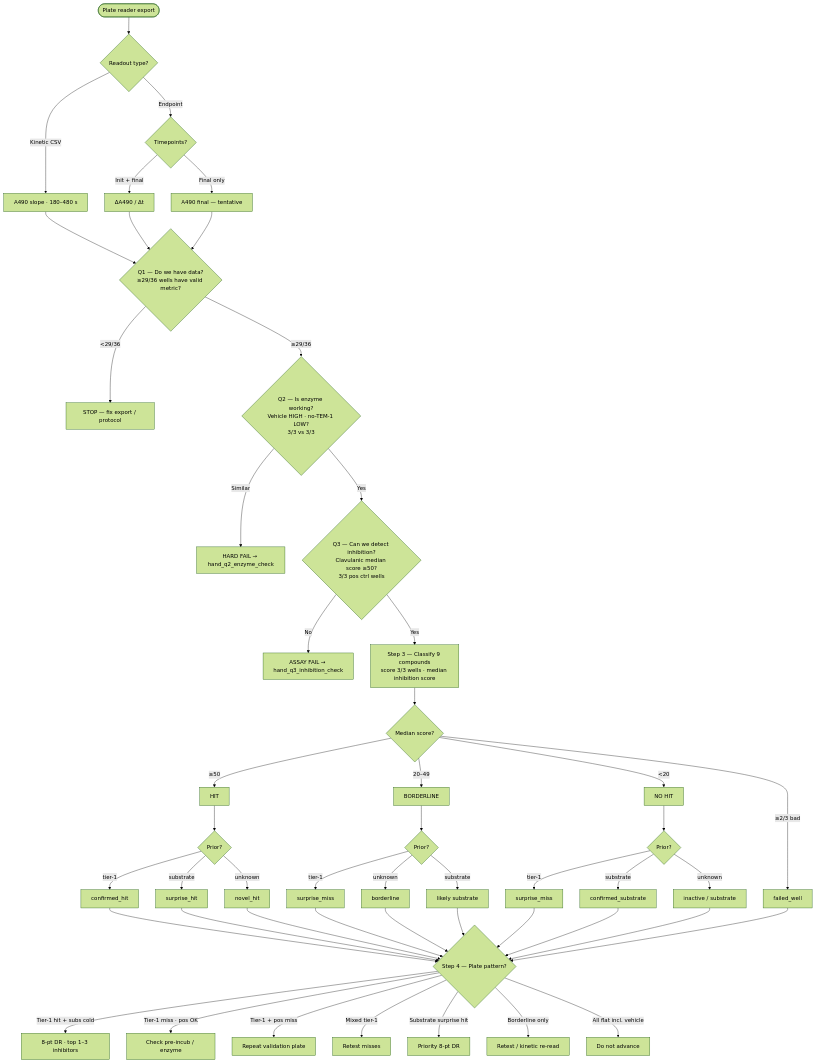
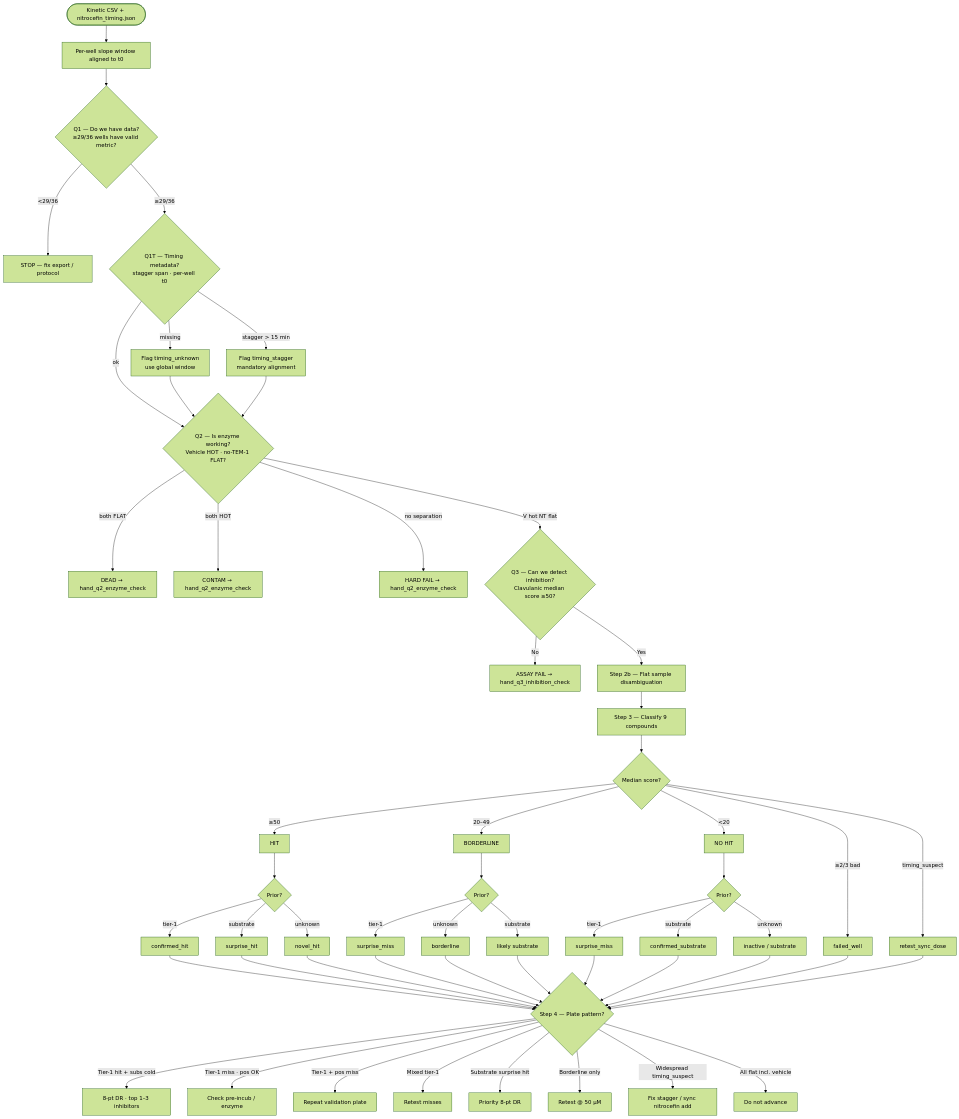
One commit to pvjthomas/beta-loop changed the first of 7 diagrams in pvjthomas/runs/2/v5/run2_decision_tree.md. Above: the diagram before and after it, drawn with Mermaid (forest theme). The commit also changed other lines of this file and 41 other files, not shown here.

First line of the commit message:
Add median kinetics scoring, run-log timing analysis, and Team 3 plate reader parse.

````diff
--- a/pvjthomas/runs/2/v5/run2_decision_tree.md
+++ b/pvjthomas/runs/2/v5/run2_decision_tree.md
@@ -82,64 +99,72 @@
 ```mermaid
 flowchart TD
-    START([Plate reader export]) --> TYPE{Readout type?}
-    TYPE -->|Kinetic CSV| KIN["A490 slope · 180–480 s"]
-    TYPE -->|Endpoint| EP{Timepoints?}
-    EP -->|Init + final| EP2["ΔA490 / Δt"]
-    EP -->|Final only| EP1["A490 final — tentative"]
-    KIN --> Q1
-    EP2 --> Q1
-    EP1 --> Q1
+    START([Kinetic CSV + nitrocefin_timing.json]) --> ALIGN[Per-well slope window aligned to t0]
+    ALIGN --> Q1
 
     Q1{"Q1 — Do we have data?<br/>≥29/36 wells have valid metric?"}
     Q1 -->|&lt;29/36| STOP1[STOP — fix export / protocol]
-    Q1 -->|≥29/36| Q2
+    Q1 -->|≥29/36| Q1T
 
-    Q2{"Q2 — Is enzyme working?<br/>Vehicle HIGH · no-TEM-1 LOW?<br/>3/3 vs 3/3"}
-    Q2 -->|Similar| FAIL1["HARD FAIL → hand_q2_enzyme_check"]
-    Q2 -->|Yes| Q3
+    Q1T{"Q1T — Timing metadata?<br/>stagger span · per-well t0"}
+    Q1T -->|missing| WARN[Flag timing_unknown<br/>use global window]
+    Q1T -->|stagger &gt; 15 min| TIMEFLAG[Flag timing_stagger<br/>mandatory alignment]
+    Q1T -->|ok| Q2
+    WARN --> Q2
+    TIMEFLAG --> Q2
 
-    Q3{"Q3 — Can we detect inhibition?<br/>Clavulanic median score ≥50?<br/>3/3 pos ctrl wells"}
+    Q2{"Q2 — Is enzyme working?<br/>Vehicle HOT · no-TEM-1 FLAT?"}
+    Q2 -->|both FLAT| FAIL_DEAD["DEAD → hand_q2_enzyme_check"]
+    Q2 -->|both HOT| FAIL_CONTAM["CONTAM → hand_q2_enzyme_check"]
+    Q2 -->|no separation| FAIL1["HARD FAIL → hand_q2_enzyme_check"]
+    Q2 -->|V hot NT flat| Q3
+
+    Q3{"Q3 — Can we detect inhibition?<br/>Clavulanic median score ≥50?"}
     Q3 -->|No| FAIL2["ASSAY FAIL → hand_q3_inhibition_check"]
-    Q3 -->|Yes| CLASSIFY
+    Q3 -->|Yes| STEP2B
 
-    CLASSIFY[Step 3 — Classify 9 compounds<br/>score 3/3 wells · median inhibition score] --> P{Median score?}
+    STEP2B[Step 2b — Flat sample disambiguation] --> CLASSIFY
+
+    CLASSIFY[Step 3 — Classify 9 compounds] --> P{Median score?}
     P -->|≥50| HIT[HIT]
     P -->|20–49| BOR[BORDERLINE]
     P -->|<20| MISS[NO HIT]
     P -->|≥2/3 bad| FW[failed_well]
+    P -->|timing_suspect| TS[retest_sync_dose]
 
     HIT --> H1{Prior?}
     H1 -->|tier-1| CH[confirmed_hit]
     H1 -->|substrate| SH[surprise_hit]
     H1 -->|unknown| NH[novel_hit]
 
     BOR --> B1{Prior?}
     B1 -->|tier-1| SM1[surprise_miss]
     B1 -->|unknown| BL[borderline]
     B1 -->|substrate| SUB1[likely substrate]
 
     MISS --> M1{Prior?}
     M1 -->|tier-1| SM2[surprise_miss]
     M1 -->|substrate| CS[confirmed_substrate]
     M1 -->|unknown| INACT[inactive / substrate]
 
     CH --> OUT
     SH --> OUT
     NH --> OUT
     SM1 --> OUT
     BL --> OUT
     SUB1 --> OUT
     SM2 --> OUT
     CS --> OUT
     INACT --> OUT
     FW --> OUT
+    TS --> OUT
 
     OUT{Step 4 — Plate pattern?}
     OUT -->|Tier-1 hit + subs cold| BEST[8-pt DR · top 1–3 inhibitors]
     OUT -->|Tier-1 miss · pos OK| CONC[Check pre-incub / enzyme]
     OUT -->|Tier-1 + pos miss| DEBUG[Repeat validation plate]
     OUT -->|Mixed tier-1| MIX[Retest misses]
     OUT -->|Substrate surprise hit| SURP[Priority 8-pt DR]
-    OUT -->|Borderline only| RET[Retest / kinetic re-read]
+    OUT -->|Borderline only| RET[Retest @ 50 µM]
+    OUT -->|Widespread timing_suspect| STAG[Fix stagger / sync nitrocefin add]
     OUT -->|All flat incl. vehicle| DEAD[Do not advance]
 ```
````
